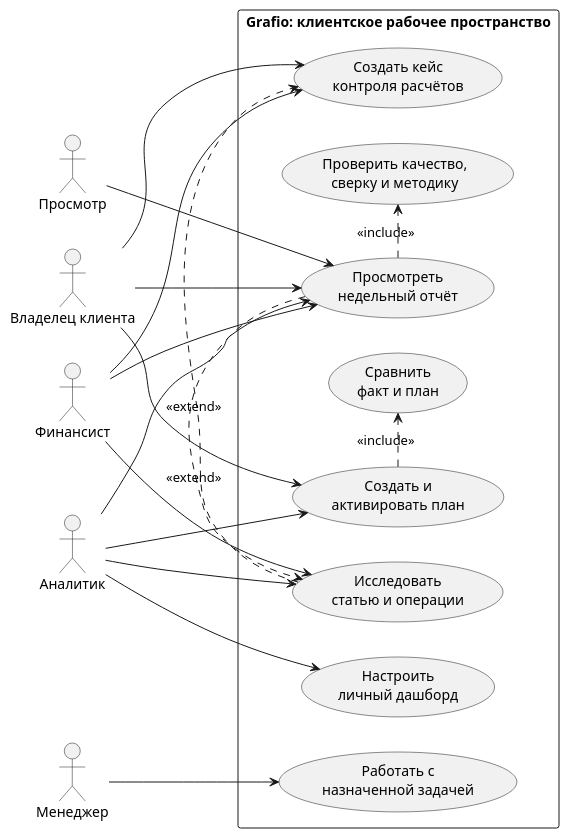
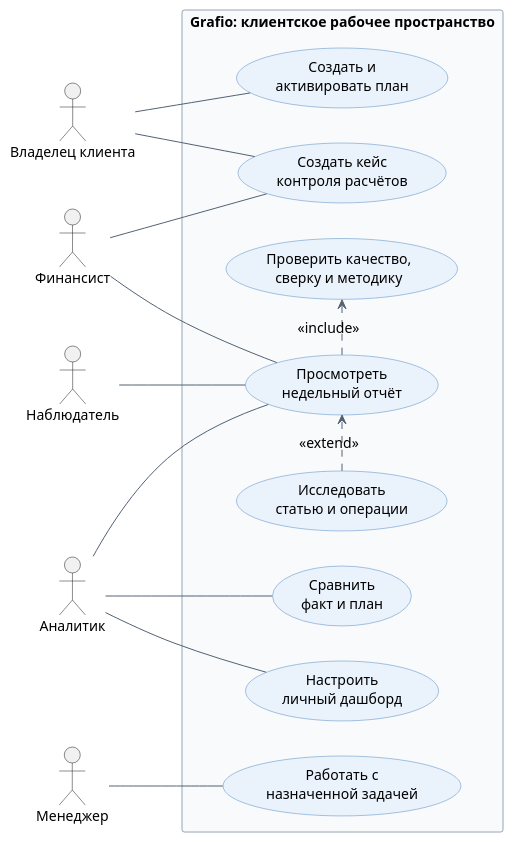
Before and after one commit to onlyuncia/grafio-product-docs: the diagram in docs/requirements/diagrams/01-client-workspace-use-cases.puml, drawn with PlantUML. The commit also changed 152 other files, not shown here.

```diff
--- a/docs/requirements/diagrams/01-client-workspace-use-cases.puml
+++ b/docs/requirements/diagrams/01-client-workspace-use-cases.puml
@@ -1,35 +1,37 @@
 @startuml
 left to right direction
+skinparam defaultFontName Arial
+skinparam defaultFontSize 14
 skinparam packageStyle rectangle
+skinparam ArrowColor #526274
+skinparam usecaseBackgroundColor #EAF2FC
+skinparam usecaseBorderColor #5289C2
+skinparam rectangleBackgroundColor #F8FAFC
+skinparam rectangleBorderColor #94A3B8
 actor "Владелец клиента" as Owner
 actor "Финансист" as Finance
 actor "Аналитик" as Analyst
 actor "Менеджер" as Manager
-actor "Просмотр" as Viewer
+actor "Наблюдатель" as Viewer
 rectangle "Grafio: клиентское рабочее пространство" {
   usecase "Просмотреть\nнедельный отчёт" as UC1
   usecase "Проверить качество,\nсверку и методику" as UC2
   usecase "Исследовать\nстатью и операции" as UC3
   usecase "Создать кейс\nконтроля расчётов" as UC4
   usecase "Создать и\nактивировать план" as UC5
   usecase "Сравнить\nфакт и план" as UC6
   usecase "Настроить\nличный дашборд" as UC7
   usecase "Работать с\nназначенной задачей" as UC8
   UC1 .> UC2 : <<include>>
-  UC1 .> UC3 : <<extend>>
-  UC3 .> UC4 : <<extend>>
-  UC5 .> UC6 : <<include>>
+  UC3 .> UC1 : <<extend>>
 }
-Owner --> UC1
-Owner --> UC4
-Owner --> UC5
-Finance --> UC1
-Finance --> UC3
-Finance --> UC4
-Analyst --> UC1
-Analyst --> UC3
-Analyst --> UC5
-Analyst --> UC7
-Manager --> UC8
-Viewer --> UC1
+Owner -- UC4
+Owner -- UC5
+Finance -- UC1
+Finance -- UC4
+Analyst -- UC1
+Analyst -- UC6
+Analyst -- UC7
+Manager -- UC8
+Viewer -- UC1
 @enduml
```
